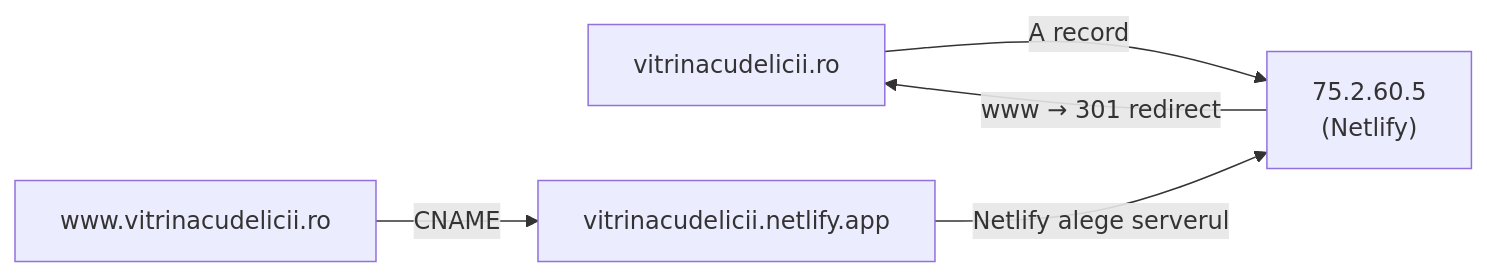
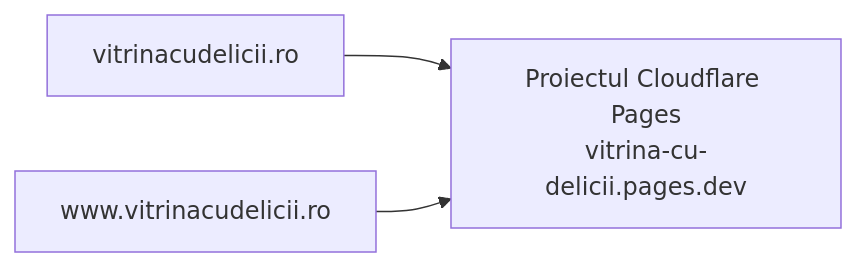
Before and after one commit to rosuflaviusalin/vitrina_cu_delicii: the fifth of 9 diagrams in docs/arhitectura.md, drawn with Mermaid. The commit also changed other lines of this file and 3 other files, not shown here.

First line of the commit message:
Move hosting to Cloudflare Pages: 404 page, robots and docs

````diff
--- a/docs/arhitectura.md
+++ b/docs/arhitectura.md
@@ -202,6 +199,5 @@
 ```mermaid
 flowchart LR
-    A["vitrinacudelicii.ro"] -->|"A record"| IP["75.2.60.5<br/>(Netlify)"]
-    W["www.vitrinacudelicii.ro"] -->|"CNAME"| NA["vitrinacudelicii.netlify.app"] -->|"Netlify alege serverul"| IP
-    IP -->|"www → 301 redirect"| A
+    A["vitrinacudelicii.ro"] --> P["Proiectul Cloudflare Pages<br/>vitrina-cu-delicii.pages.dev"]
+    W["www.vitrinacudelicii.ro"] --> P
 ```
````
